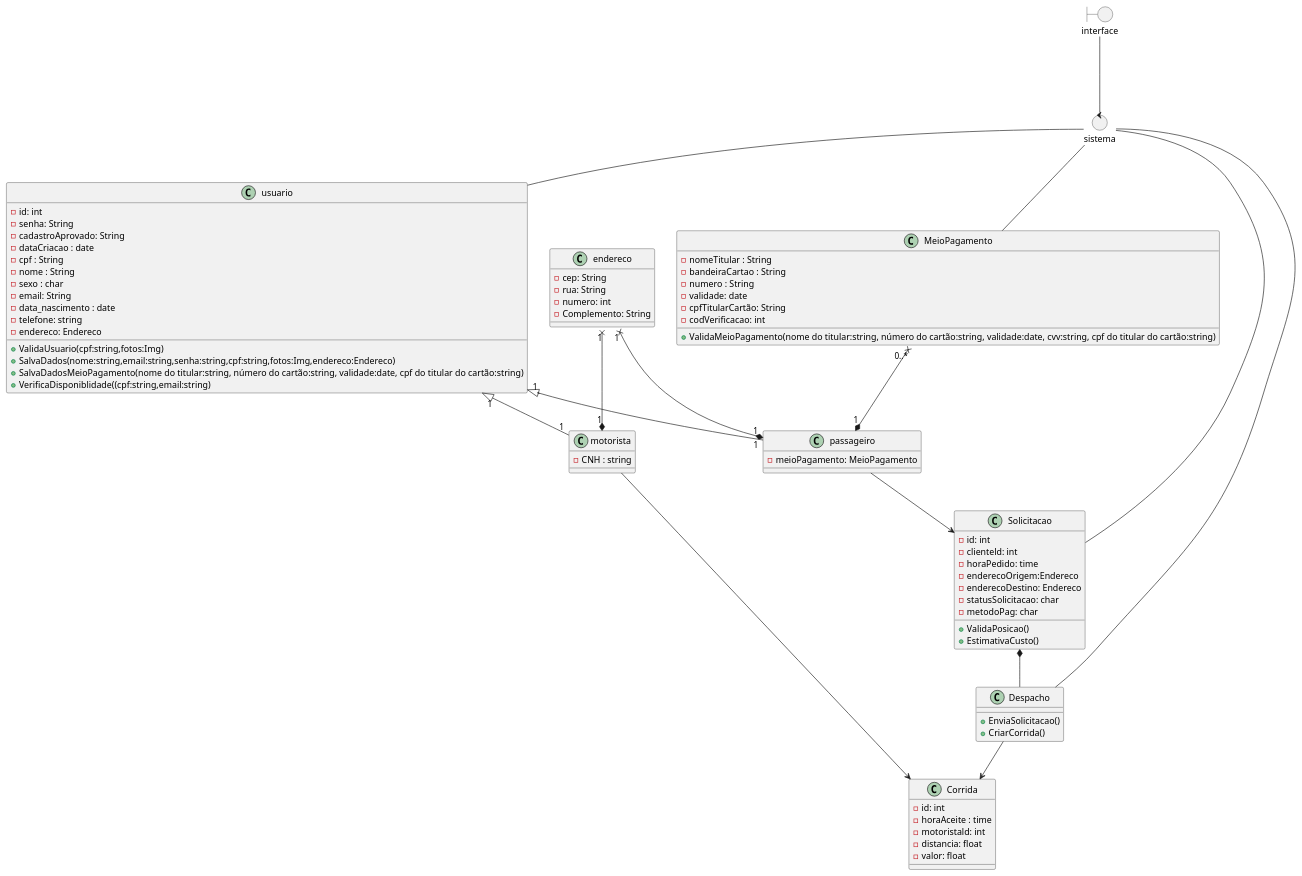
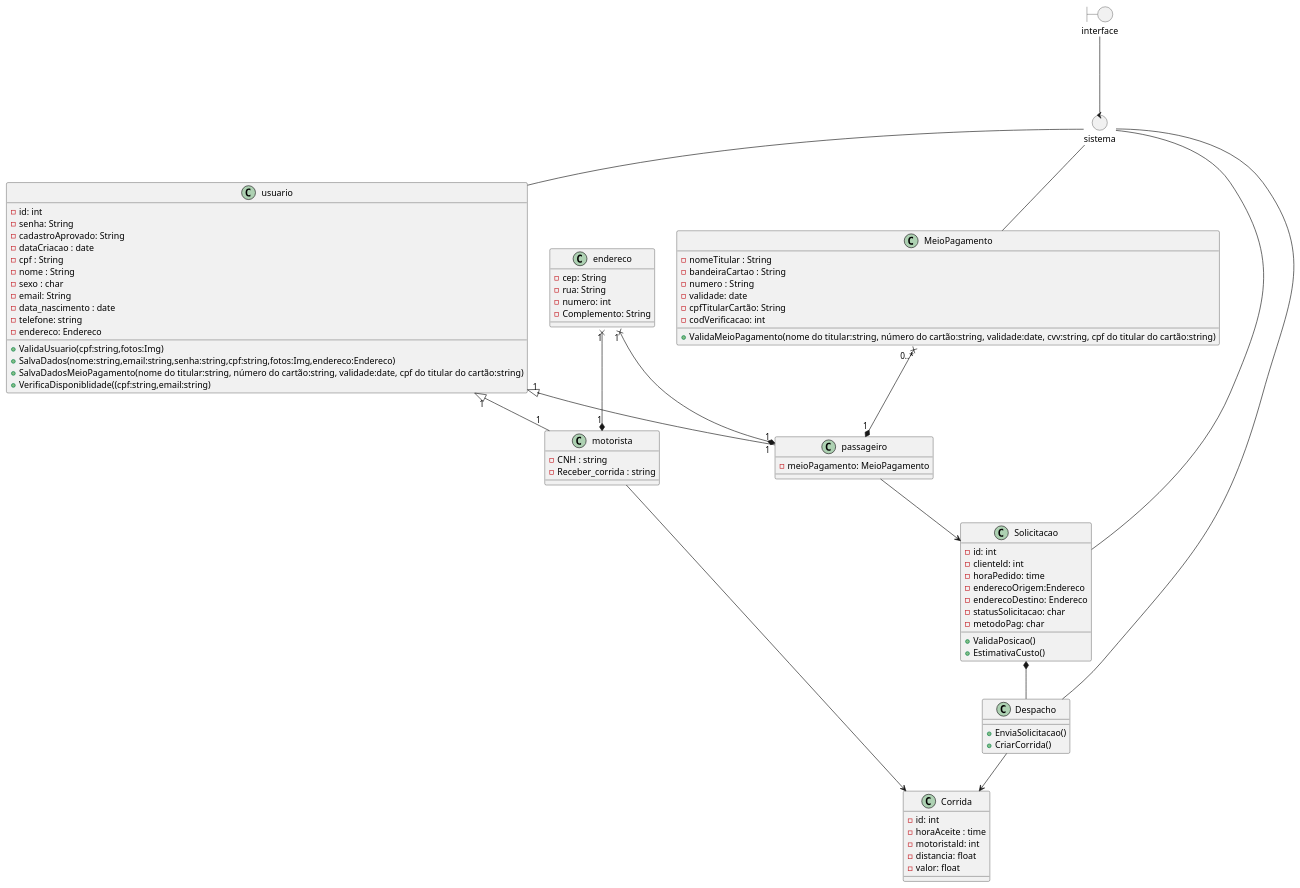
The diagram in Sprint_2/deploy.puml (XMATHEUSX/UML), drawn with PlantUML before and after one commit. The commit also changed 2 other files, not shown here.

```diff
--- a/Sprint_2/deploy.puml
+++ b/Sprint_2/deploy.puml
@@ -1,100 +1,101 @@
 @startuml
 allowmixing
 
 boundary interface
 
 control sistema
 
 class usuario {
 - id: int
 - senha: String 
 - cadastroAprovado: String 
 - dataCriacao : date
 - cpf : String
 - nome : String
 - sexo : char
 - email: String
 - data_nascimento : date
 - telefone: string
 - endereco: Endereco
 + ValidaUsuario(cpf:string,fotos:Img)
 + SalvaDados(nome:string,email:string,senha:string,cpf:string,fotos:Img,endereco:Endereco)
 + SalvaDadosMeioPagamento(nome do titular:string, número do cartão:string, validade:date, cpf do titular do cartão:string)
 + VerificaDisponiblidade((cpf:string,email:string)
 
 }
 
 class motorista
 {
 - CNH : string
+- Receber_corrida : string
 }
 
 class passageiro 
 {
 
 - meioPagamento: MeioPagamento
 
 }
 class endereco
 {
 - cep: String
 - rua: String
 - numero: int
 - Complemento: String
 }
 
 class MeioPagamento
 {
 - nomeTitular : String 
 - bandeiraCartao : String
 - numero : String
 - validade: date
 - cpfTitularCartão: String
 - codVerificacao: int
 + ValidaMeioPagamento(nome do titular:string, número do cartão:string, validade:date, cvv:string, cpf do titular do cartão:string)
 } 
 
 class Solicitacao {
 - id: int
 - clienteld: int
 - horaPedido: time
 - enderecoOrigem:Endereco 
 - enderecoDestino: Endereco 
 - statusSolicitacao: char
 - metodoPag: char
 + ValidaPosicao()
 + EstimativaCusto()
 }
 
 
 class Corrida {
 - id: int
 - horaAceite : time
 - motoristald: int
 - distancia: float
 - valor: float
 }
 
 class Despacho {
 + EnviaSolicitacao()
 + CriarCorrida()
 }
 
 interface --- sistema
 
 passageiro "1" *-up-x "0..*" MeioPagamento
 passageiro "1" *-up-x "1" endereco
 motorista "1" *-up-x "1" endereco
 usuario "1" <|-down- "1" motorista
 usuario "1" <|-right- "1" passageiro
 sistema -- usuario
 sistema -- MeioPagamento
 sistema -- Solicitacao
 sistema -- Despacho
 
 passageiro --> Solicitacao
 motorista --> Corrida
 Solicitacao *-- Despacho
 Despacho --> Corrida
 
 @enduml
```
